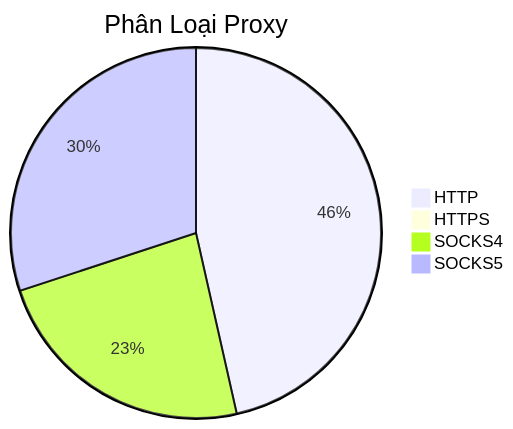
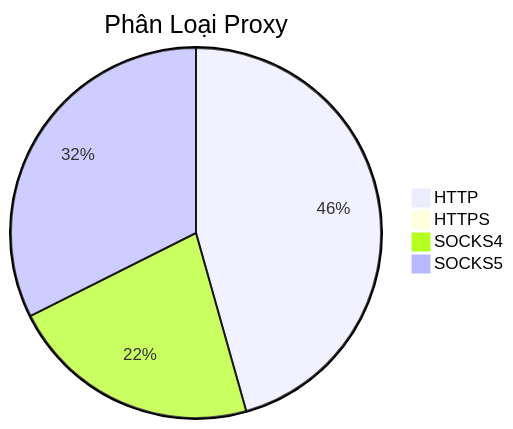
One commit to Ciara-12/PROXY-free changed the diagram in README.md. Above: the diagram before and after it, drawn with Mermaid. The commit also changed other lines of this file and 3 other files, not shown here.

````diff
--- a/README.md
+++ b/README.md
@@ -26,7 +26,7 @@
 ```mermaid
 pie title Phân Loại Proxy
-    "HTTP" : 546
+    "HTTP" : 438
     "HTTPS" : 0
-    "SOCKS4" : 276
-    "SOCKS5" : 353
+    "SOCKS4" : 211
+    "SOCKS5" : 311
 ```
````
